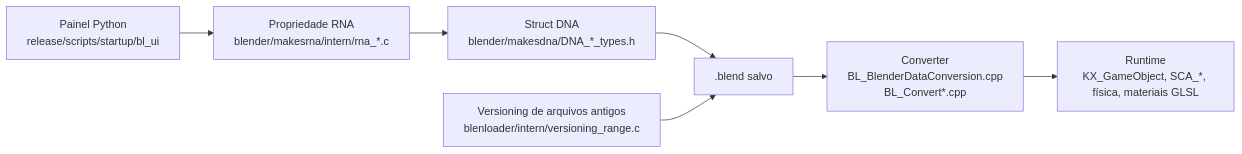
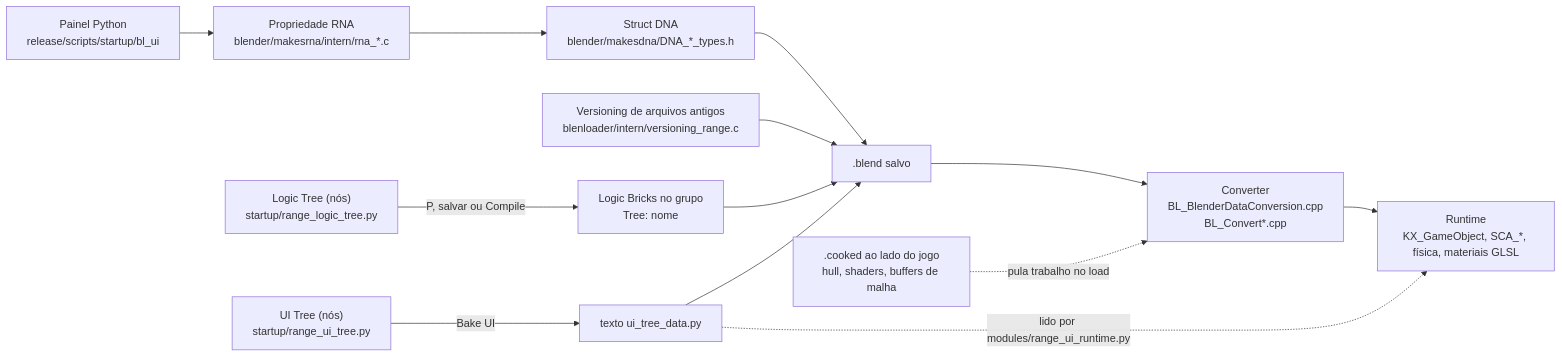
Before and after one commit to AnastacioGames/AnastacioEngine: the fifth of 6 diagrams in docs/diagramas-arquitetura.md, drawn with Mermaid. The commit also changed other lines of this file and 1 other file, not shown here.

Commit message:
docs(architecture): refresh diagrams and map for Network, Logic/UI Tree, .cooked and new frame steps

````diff
--- a/docs/diagramas-arquitetura.md
+++ b/docs/diagramas-arquitetura.md
@@ -157,9 +165,15 @@
 ```mermaid
 flowchart LR
     U["Painel Python<br/>release/scripts/startup/bl_ui"] --> R["Propriedade RNA<br/>blender/makesrna/intern/rna_*.c"]
     R --> D["Struct DNA<br/>blender/makesdna/DNA_*_types.h"]
     D --> F[".blend salvo"]
     V["Versioning de arquivos antigos<br/>blenloader/intern/versioning_range.c"] --> F
+    LT["Logic Tree (nós)<br/>startup/range_logic_tree.py"] -->|"P, salvar ou Compile"| BK["Logic Bricks no grupo<br/>Tree: nome"]
+    BK --> F
+    UT["UI Tree (nós)<br/>startup/range_ui_tree.py"] -->|"Bake UI"| UD["texto ui_tree_data.py"]
+    UD --> F
     F --> C["Converter<br/>BL_BlenderDataConversion.cpp<br/>BL_Convert*.cpp"]
+    CK[".cooked ao lado do jogo<br/>hull, shaders, buffers de malha"] -.->|"pula trabalho no load"| C
     C --> O["Runtime<br/>KX_GameObject, SCA_*, física, materiais GLSL"]
+    UD -.->|"lido por modules/range_ui_runtime.py"| O
 ```
````
